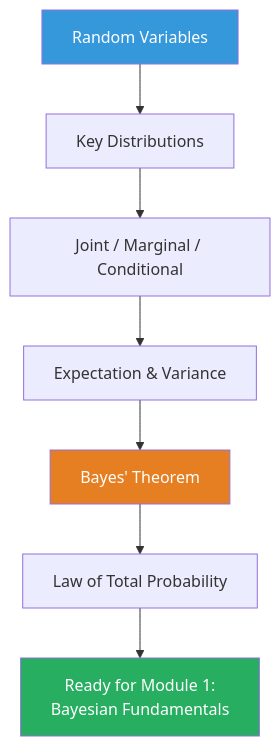
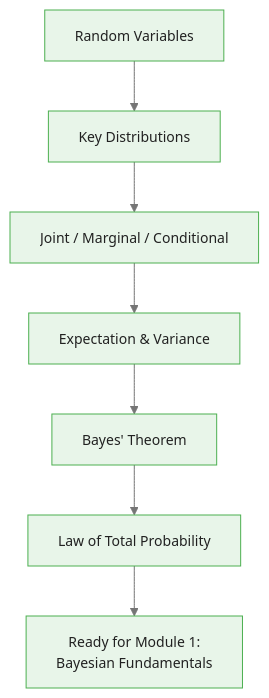
One commit to m-deane/course-creator changed the fifth of 5 diagrams in courses/bayesian-commodity-forecasting/modules/module_00_foundations/guides/01_probability_review_slides.md. Above: the diagram before and after it, drawn with Mermaid. The commit also changed other lines of this file and 104 other files, not shown here.

````diff
--- a/courses/bayesian-commodity-forecasting/modules/module_00_foundations/guides/01_probability_review_slides.md
+++ b/courses/bayesian-commodity-forecasting/modules/module_00_foundations/guides/01_probability_review_slides.md
@@ -413,12 +423,10 @@
 ```mermaid
+%%{init: {"theme": "base", "themeVariables": {"primaryColor": "#e8f5e9", "primaryBorderColor": "#4caf50", "primaryTextColor": "#212121", "secondaryColor": "#e3f2fd", "tertiaryColor": "#fff8e1", "lineColor": "#757575", "fontFamily": "Inter, sans-serif", "fontSize": "14px"}}}%%
 flowchart TD
     RV["Random Variables"] --> Dist["Key Distributions"]
     Dist --> JMC["Joint / Marginal / Conditional"]
     JMC --> EV["Expectation & Variance"]
     EV --> BT["Bayes' Theorem"]
     BT --> LTP["Law of Total Probability"]
     LTP --> Ready["Ready for Module 1:\nBayesian Fundamentals"]
-    style RV fill:#3498db,color:#fff
-    style BT fill:#e67e22,color:#fff
-    style Ready fill:#27ae60,color:#fff
 ```
````
